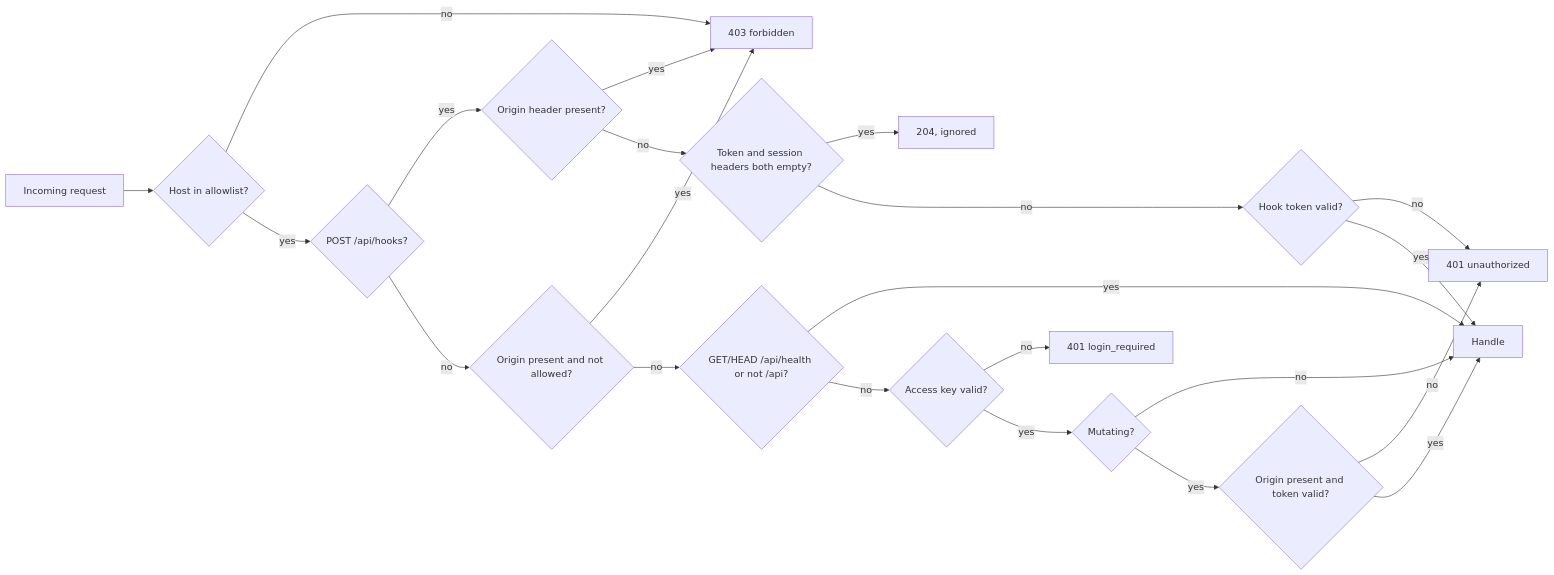
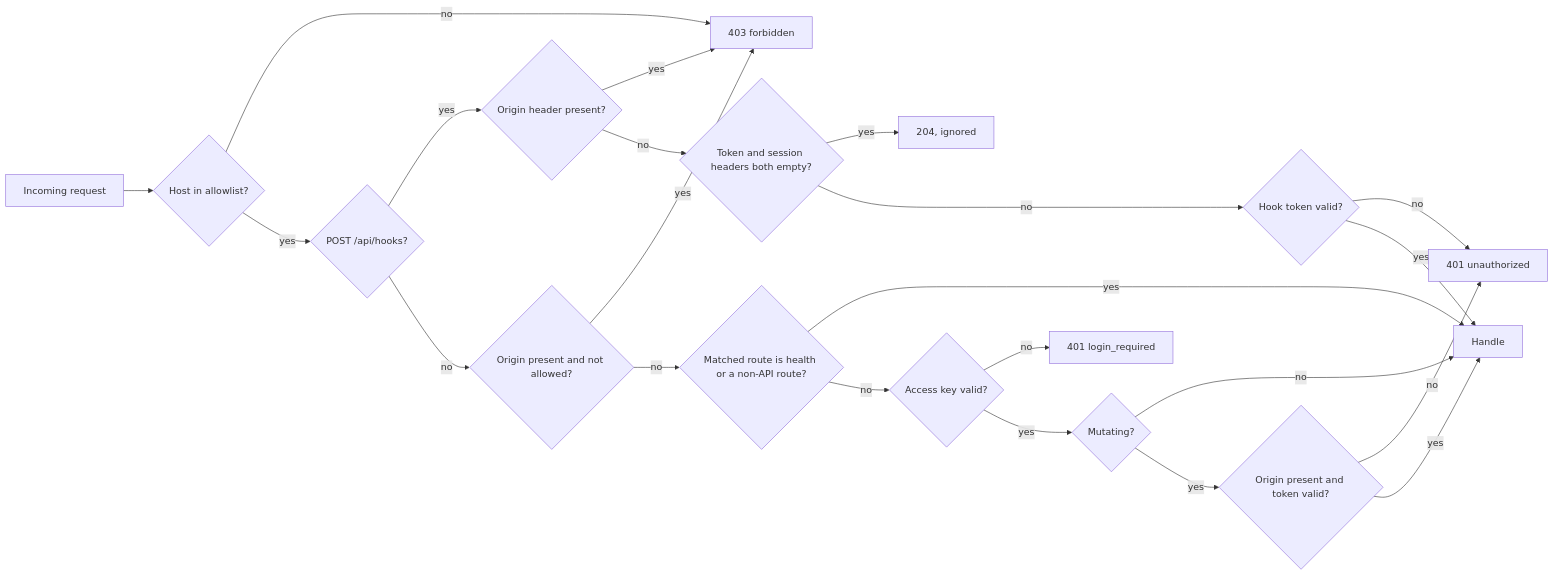
The fifth of 7 diagrams in docs/architecture.md (Dev-Sebi/Paneful-Manager), drawn with Mermaid before and after one commit. The commit also changed other lines of this file and 2 other files, not shown here.

Commit message:
fix: decided the access key check on the matched route so encoded api paths cannot skip it @5m

````diff
--- a/docs/architecture.md
+++ b/docs/architecture.md
@@ -266,24 +266,24 @@
 ```mermaid
 flowchart LR
   REQ[Incoming request] --> H{Host in allowlist?}
   H -- no --> X403[403 forbidden]
   H -- yes --> K{POST /api/hooks?}
   K -- yes --> HO{Origin header present?}
   HO -- yes --> X403
   HO -- no --> E{Token and session headers both empty?}
   E -- yes --> X204[204, ignored]
   E -- no --> HT{Hook token valid?}
   HT -- no --> X401
   HT -- yes --> OK
   K -- no --> O{Origin present and not allowed?}
   O -- yes --> X403
-  O -- no --> P{GET/HEAD /api/health or not /api?}
+  O -- no --> P{Matched route is health or a non-API route?}
   P -- yes --> OK[Handle]
   P -- no --> AK{Access key valid?}
   AK -- no --> X401L[401 login_required]
   AK -- yes --> M{Mutating?}
   M -- no --> OK
   M -- yes --> T{Origin present and token valid?}
   T -- no --> X401[401 unauthorized]
   T -- yes --> OK
 ```
````
